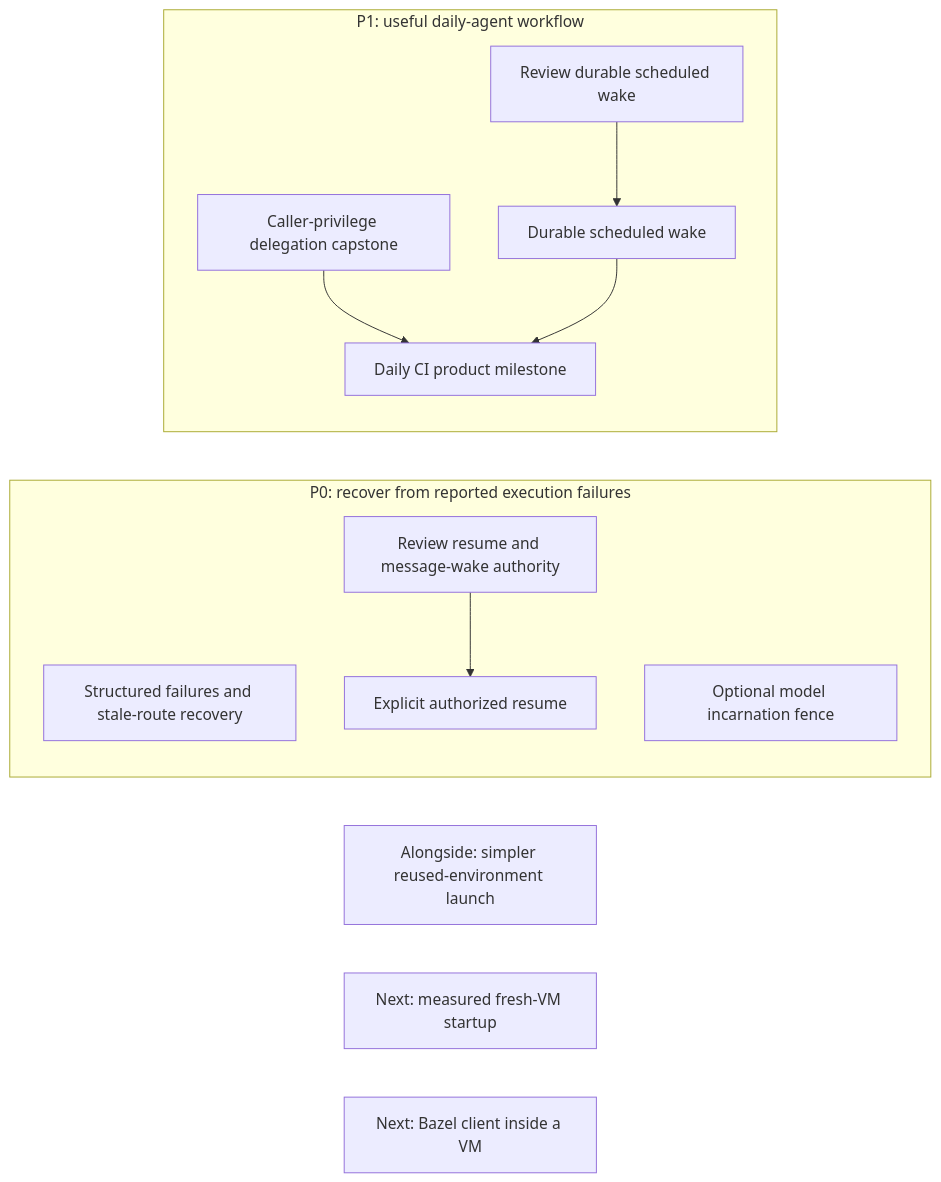
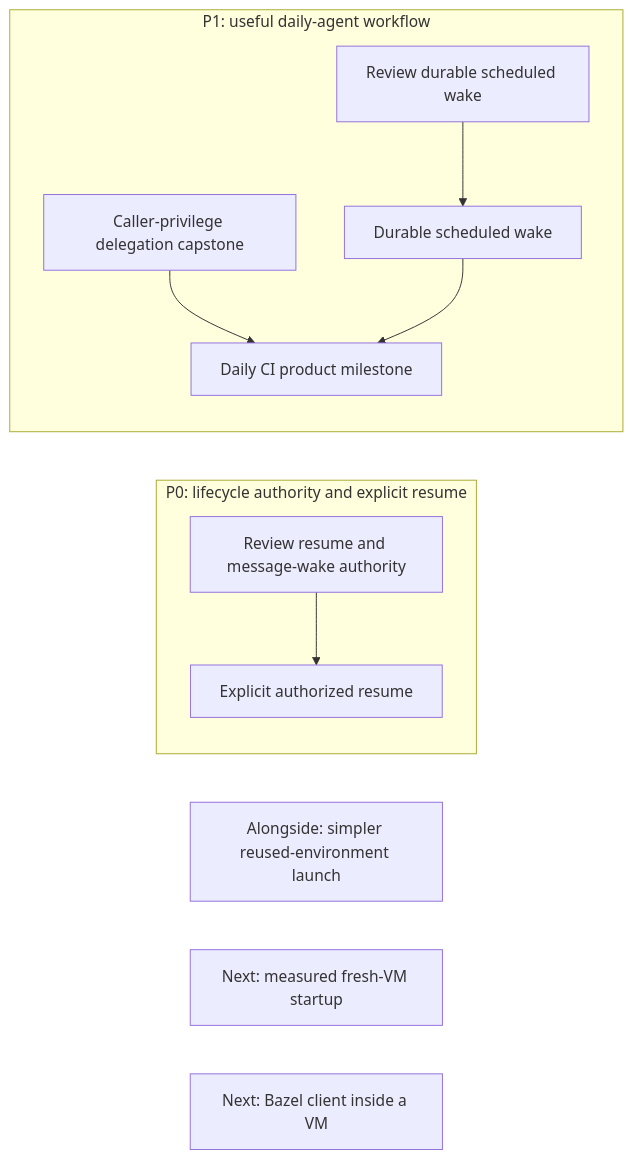
The first of 18 diagrams in agentplane/plans/task_dag.md (agentydragon/ducktape), drawn with Mermaid before and after one commit. The commit also changed other lines of this file and 1 other file, not shown here.

````diff
--- a/agentplane/plans/task_dag.md
+++ b/agentplane/plans/task_dag.md
@@ -197,18 +194,16 @@
 ```mermaid
 flowchart LR
-    subgraph PRIORITY_ZERO[P0: recover from reported execution failures]
-        EXEC_ENVIRONMENT_RECOVERY[Structured failures and stale-route recovery]
-        EXEC_INCARNATION_FENCING[Optional model incarnation fence]
+    subgraph PRIORITY_ZERO[P0: lifecycle authority and explicit resume]
         SANDBOX_LIFECYCLE_AUTHORIZATION_DESIGN[Review resume and message-wake authority]
         SANDBOX_LIFECYCLE_AUTHORIZATION_DESIGN --> EXEC_SUSPENDED_RESUME[Explicit authorized resume]
     end
     subgraph PRIORITY_ONE[P1: useful daily-agent workflow]
         THREAD_CREATE_AUTHORIZATION[Caller-privilege delegation capstone]
         THREAD_CREATE_AUTHORIZATION --> DAILY_CI_AGENT[Daily CI product milestone]
         SCHEDULED_AGENT_WAKE_DESIGN[Review durable scheduled wake] --> SCHEDULED_AGENT_WAKE
         SCHEDULED_AGENT_WAKE[Durable scheduled wake] --> DAILY_CI_AGENT
     end
     SESSION_LAUNCH_FRICTION[Alongside: simpler reused-environment launch]
     VM_STARTUP_LATENCY[Next: measured fresh-VM startup]
     LOCAL_BAZEL[Next: Bazel client inside a VM]
 ```
````
